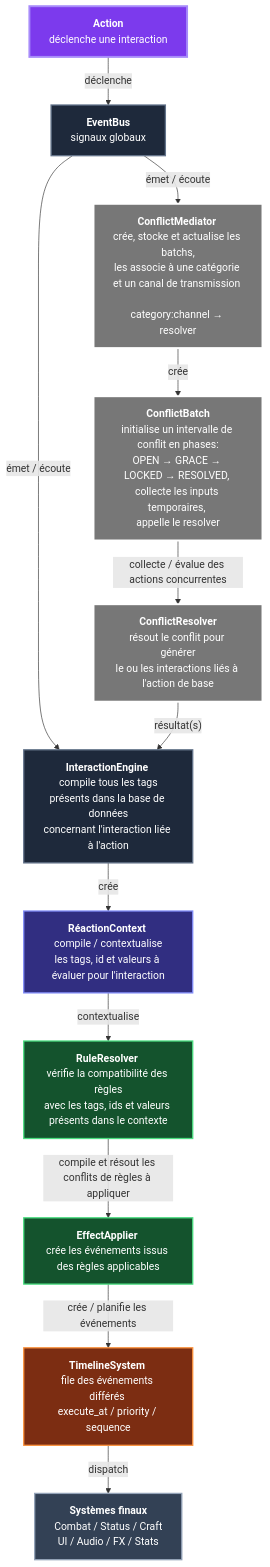
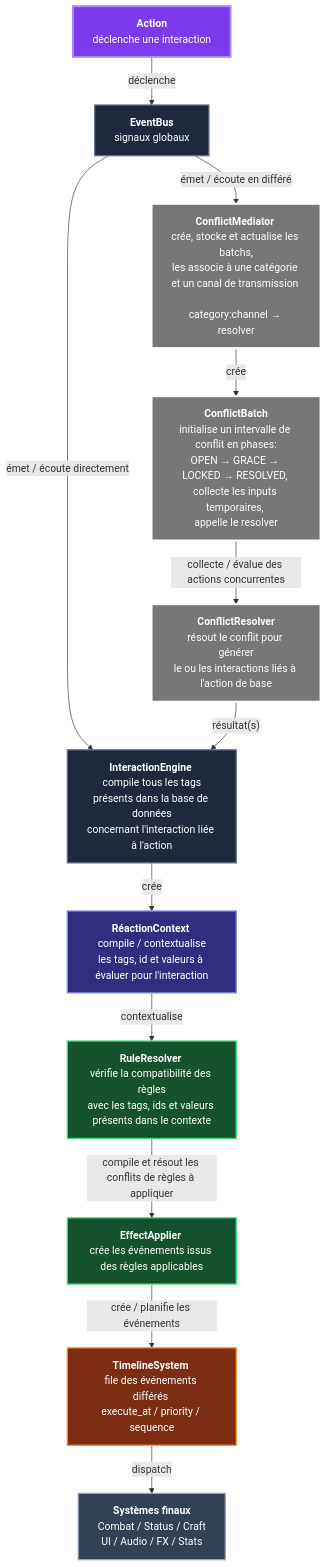
Before and after one commit to PonchioPi/CrossTrinity: the diagram in README.md, drawn with Mermaid. The commit also changed other lines of this file, not shown here.

````diff
--- a/README.md
+++ b/README.md
@@ -123,78 +123,78 @@
 ```mermaid
 flowchart TD 
 
 ACT["<b>Action</b> 
 déclenche une interaction"] 
 
 EB["<b>EventBus</b> 
 signaux globaux"] 
 
 IE["<b>InteractionEngine</b> 
 compile tous les tags
 présents dans la base de données
 concernant l'interaction liée à l'action"]
 
 RC["<b>RéactionContext</b> 
 compile / contextualise
 les tags, id et valeurs à évaluer pour l'interaction"] 
 
 RR["<b>RuleResolver</b> 
 vérifie la compatibilité des règles
 avec les tags, ids et valeurs présents dans le contexte"] 
 
 CM["<b>ConflictMediator</b> 
 crée, stocke et actualise les batchs,
 les associe à une catégorie et un canal de transmission  
 category:channel → resolver"] 
 
 CB["<b>ConflictBatch</b>
 initialise un intervalle de conflit en phases:
 OPEN → GRACE → LOCKED → RESOLVED, 
 collecte les inputs temporaires, 
 appelle le resolver"]
 
 CR["<b>ConflictResolver</b>
 résout le conflit pour générer
 le ou les interactions liés à l'action de base"]
 
 EA["<b>EffectApplier</b> 
 crée les événements issus des règles applicables"] 
 
 TS["<b>TimelineSystem</b> 
 file des événements différés 
 execute_at / priority / sequence "] 
 
 OUT["<b>Systèmes finaux</b>
 Combat / Status / Craft 
 UI / Audio / FX / Stats"] 
 
 ACT -->|"déclenche"| EB 
 
-EB -->|"émet / écoute"| IE
-EB -->|"émet / écoute"| CM
+EB -->|"émet / écoute directement"| IE
+EB -->|"émet / écoute en différé"| CM
 
 CM -->|"crée"| CB 
 CB -->|"collecte / évalue des actions concurrentes"| CR
 CR -->|"résultat(s)"| IE
 
 IE -->|"crée"| RC 
 
 RC -->|"contextualise"| RR 
 RR -->|"compile et résout les conflits de règles à appliquer"| EA 
 EA -->|"crée / planifie les événements"| TS 
 TS -->|"dispatch"| OUT 
 classDef action fill:#7c3aed,color:#fff,stroke:#a78bfa,stroke-width:3px 
 classDef core fill:#1e293b,color:#fff,stroke:#64748b,stroke-width:2px
 classDef conflict fill:#777777,color:#fff,stroke:#ffffff,stroke-width:3px
 classDef context fill:#312e81,color:#fff,stroke:#818cf8,stroke-width:2px 
 classDef resolver fill:#14532d,color:#fff,stroke:#4ade80,stroke-width:2px 
 classDef timeline fill:#7c2d12,color:#fff,stroke:#fb923c,stroke-width:2px 
 classDef output fill:#334155,color:#fff,stroke:#94a3b8,stroke-width:2px 
 class ACT action; 
 class EB,IE core;
 class CM,CB,CR conflict;
 class RC context; 
 class RR,EA resolver;
 class TS timeline;
 class OUT output;
 ```
````
